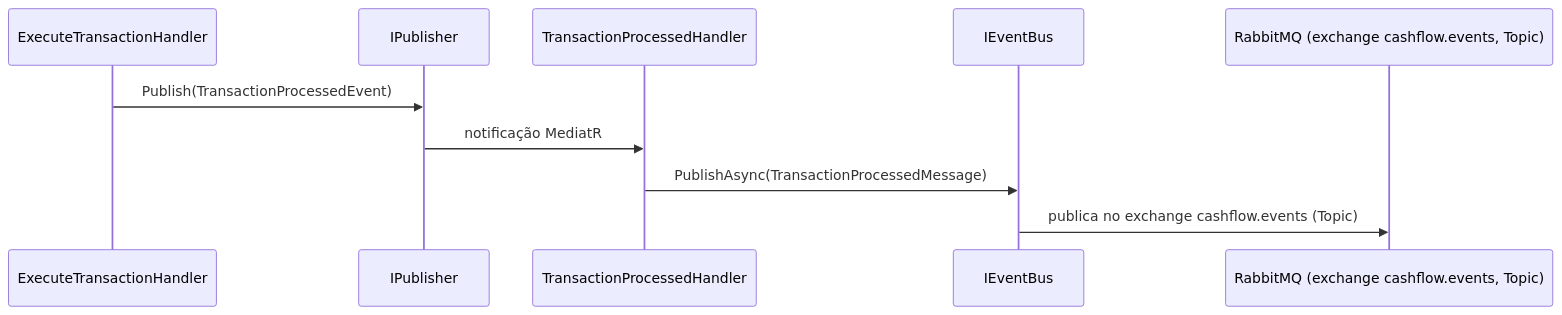
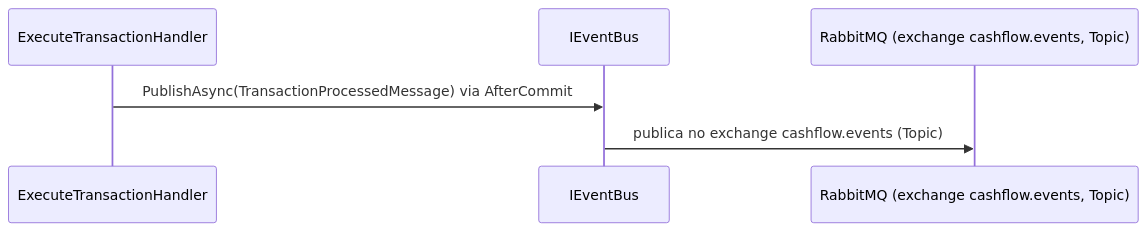
Before and after one commit to filipececcon/arch-challenge: the fourth of 4 diagrams in docs/architecture/cashflow/layer-06-messaging.md, drawn with Mermaid. The commit also changed other lines of this file and 120 other files, not shown here.

````diff
--- a/docs/architecture/cashflow/layer-06-messaging.md
+++ b/docs/architecture/cashflow/layer-06-messaging.md
@@ -137,13 +139,9 @@
 ```mermaid
 sequenceDiagram
     participant ExecuteTransactionHandler
-    participant IPublisher
-    participant TransactionProcessedHandler
     participant IEventBus
     participant RabbitMQ as RabbitMQ (exchange cashflow.events, Topic)
 
-    ExecuteTransactionHandler->>IPublisher: Publish(TransactionProcessedEvent)
-    IPublisher->>TransactionProcessedHandler: notificação MediatR
-    TransactionProcessedHandler->>IEventBus: PublishAsync(TransactionProcessedMessage)
+    ExecuteTransactionHandler->>IEventBus: PublishAsync(TransactionProcessedMessage) via AfterCommit
     IEventBus->>RabbitMQ: publica no exchange cashflow.events (Topic)
 ```
````
